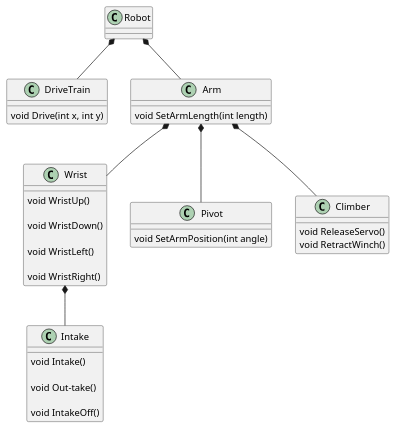
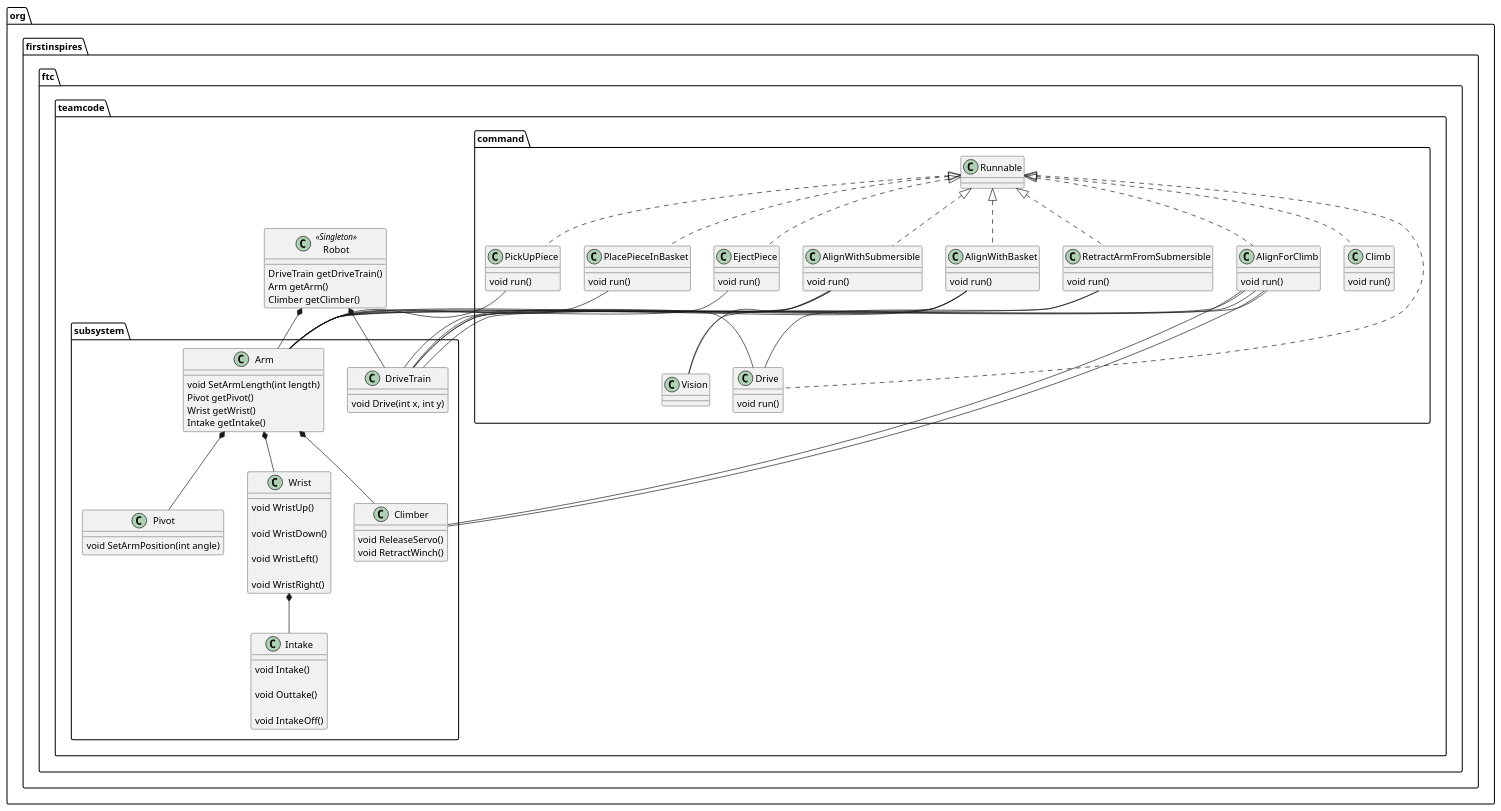
One commit to ftc10820/CyberDragons10820 changed the diagram in TeamCode/src/main/java/org/firstinspires/ftc/teamcode/plantuml.puml. Above: the diagram before and after it, drawn with PlantUML.

Commit message:
Updated plantuml with packages, singleton RObot, and command classes

```diff
--- a/TeamCode/src/main/java/org/firstinspires/ftc/teamcode/plantuml.puml
+++ b/TeamCode/src/main/java/org/firstinspires/ftc/teamcode/plantuml.puml
@@ -1,61 +1,137 @@
 @startuml
 
-class Robot{}
+package org.firstinspires.ftc.teamcode {
+class Robot << Singleton >> {
+    DriveTrain getDriveTrain()
+    Arm getArm()
+    Climber getClimber()
+}
 
+package org.firstinspires.ftc.teamcode.subsystem {
 class DriveTrain{
 
 void Drive(int x, int y)
 
 }
 
 class Arm{
 
    void SetArmLength(int length)
+   Pivot getPivot()
+   Wrist getWrist()
+   Intake getIntake()
 }
 
 class Intake{
 
     void Intake()
 
-	void Out-take()
+	void Outtake()
 
 	void IntakeOff()
 
 }
 
 class Wrist{
 
     void WristUp()
 
     void WristDown()
 
     void WristLeft()
 
     void WristRight()
 
 }
 
 class Pivot{
 
     void SetArmPosition(int angle)
 
 }
 
 class Climber{
 void ReleaseServo()
 void RetractWinch()
 }
 
 Robot *-- DriveTrain
 
 Robot *-- Arm
 
 Arm *-- Pivot
 
 Arm *-- Climber
 
 Arm *-- Wrist
 
 Wrist *-- Intake
+}
 
+package org.firstinspires.ftc.teamcode.command {
+class EjectPiece {
+    void run()
+}
+
+class AlignWithSubmersible {
+    void run()
+}
+
+class PickUpPiece {
+    void run()
+}
+
+class RetractArmFromSubmersible {
+    void run()
+}
+
+class AlignWithBasket {
+    void run()
+}
+
+class PlacePieceInBasket {
+    void run()
+}
+
+class AlignForClimb {
+    void run()
+}
+
+class Climb {
+    void run()
+}
+
+class Drive {
+    void run()
+}
+
+Runnable <|-[dashed]- PickUpPiece
+PickUpPiece -- Arm
+Runnable <|-[dashed]- EjectPiece
+EjectPiece -- Arm
+Runnable <|-[dashed]- AlignWithSubmersible
+AlignWithSubmersible -- DriveTrain
+AlignWithSubmersible -- Arm
+AlignWithSubmersible -- Vision
+Runnable <|-[dashed]- RetractArmFromSubmersible
+RetractArmFromSubmersible -- Drive
+RetractArmFromSubmersible -- Arm
+Runnable <|-[dashed]- AlignWithBasket
+AlignWithBasket -- DriveTrain
+AlignWithBasket -- Arm
+AlignWithBasket -- Vision
+Runnable <|-[dashed]- PlacePieceInBasket
+PlacePieceInBasket -- Arm
+Runnable <|-[dashed]- AlignForClimb
+AlignForClimb -- Arm
+AlignForClimb -- Climber
+AlignForClimb -- DriveTrain
+Runnable <|-[dashed]- Climb
+AlignForClimb -- Climber
+AlignForClimb -- DriveTrain
+Runnable <|-[dashed]- Drive
+Drive -- DriveTrain
+
+}
+}
 @enduml
```
